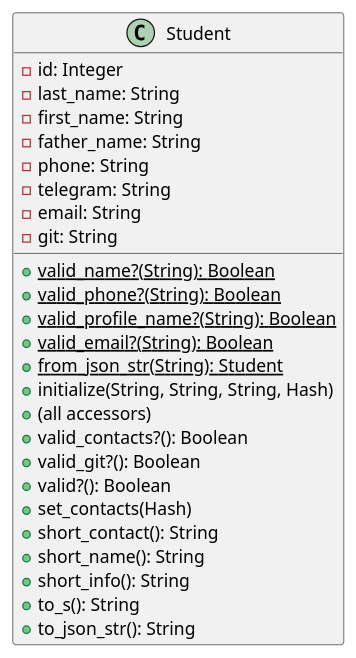
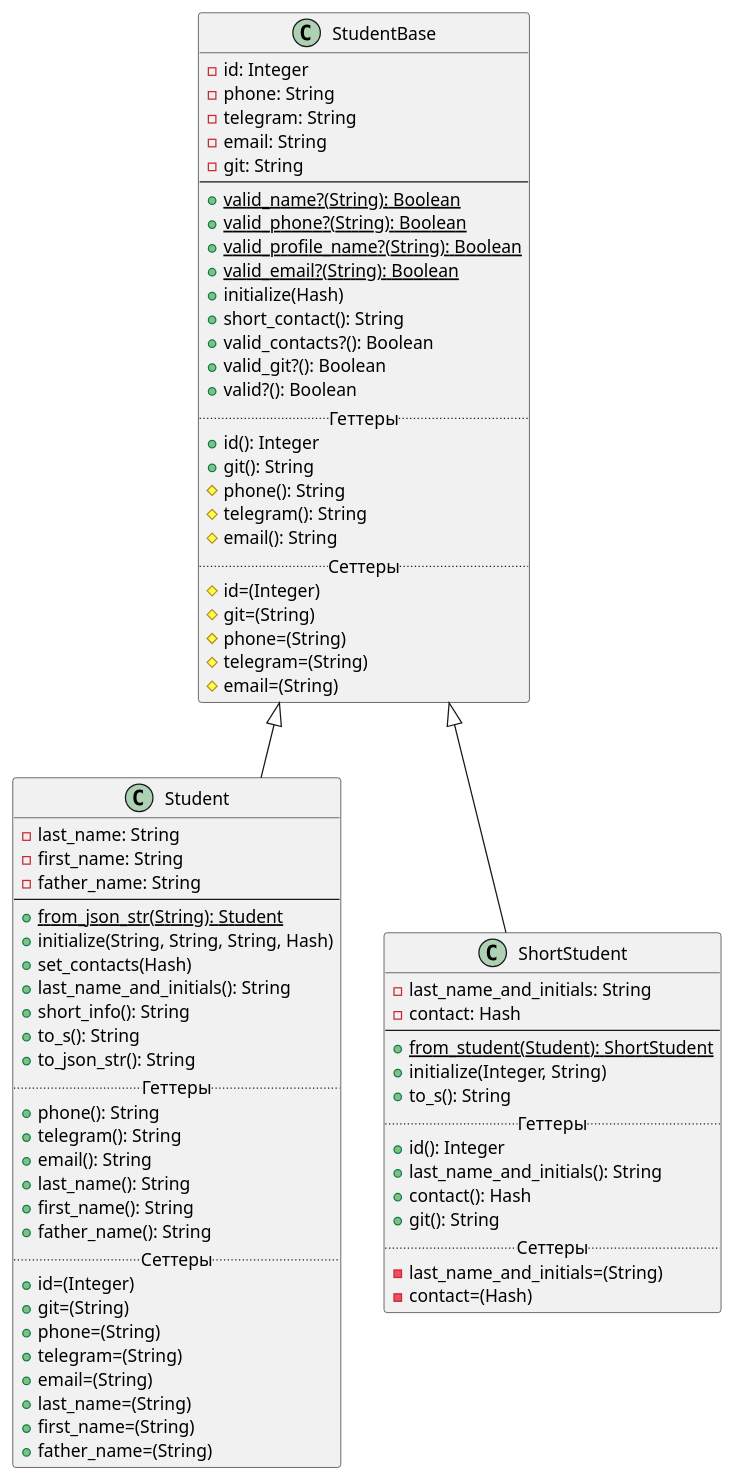
Before and after one commit to r1411/PatternsLabs: the diagram in Diagrams/lab2.puml, drawn with PlantUML. The commit also changed 5 other files, not shown here.

Commit message:
Класс ShortStudent, выделение базового класса StudentBase (Задание 2.5)

```diff
--- a/Diagrams/lab2.puml
+++ b/Diagrams/lab2.puml
@@ -1,31 +1,81 @@
 @startuml
 'https://plantuml.com/class-diagram
 
-class Student {
+class StudentBase {
     -id: Integer
-    -last_name: String
-    -first_name: String
-    -father_name: String
     -phone: String
     -telegram: String
     -email: String
     -git: String
+    --
     +{static}valid_name?(String): Boolean
     +{static}valid_phone?(String): Boolean
     +{static}valid_profile_name?(String): Boolean
     +{static}valid_email?(String): Boolean
-    +{static}from_json_str(String): Student
-    +initialize(String, String, String, Hash)
-    +(all accessors)
+    +initialize(Hash)
+    +short_contact(): String
     +valid_contacts?(): Boolean
     +valid_git?(): Boolean
     +valid?(): Boolean
+    .. Геттеры ..
+    +id(): Integer
+    +git(): String
+    #phone(): String
+    #telegram(): String
+    #email(): String
+    .. Сеттеры ..
+    #id=(Integer)
+    #git=(String)
+    #phone=(String)
+    #telegram=(String)
+    #email=(String)
+}
+
+class Student extends StudentBase {
+    -last_name: String
+    -first_name: String
+    -father_name: String
+    --
+    +{static}from_json_str(String): Student
+    +initialize(String, String, String, Hash)
     +set_contacts(Hash)
-    +short_contact(): String
-    +short_name(): String
+    +last_name_and_initials(): String
     +short_info(): String
     +to_s(): String
     +to_json_str(): String
+    .. Геттеры ..
+    +phone(): String
+    +telegram(): String
+    +email(): String
+    +last_name(): String
+    +first_name(): String
+    +father_name(): String
+    .. Сеттеры ..
+    +id=(Integer)
+    +git=(String)
+    +phone=(String)
+    +telegram=(String)
+    +email=(String)
+    +last_name=(String)
+    +first_name=(String)
+    +father_name=(String)
+}
+
+class ShortStudent extends StudentBase {
+    -last_name_and_initials: String
+    -contact: Hash
+    --
+    +{static}from_student(Student): ShortStudent
+    +initialize(Integer, String)
+    +to_s(): String
+    .. Геттеры ..
+    +id(): Integer
+    +last_name_and_initials(): String
+    +contact(): Hash
+    +git(): String
+    .. Сеттеры ..
+    -last_name_and_initials=(String)
+    -contact=(Hash)
 }
 
 @enduml
```
